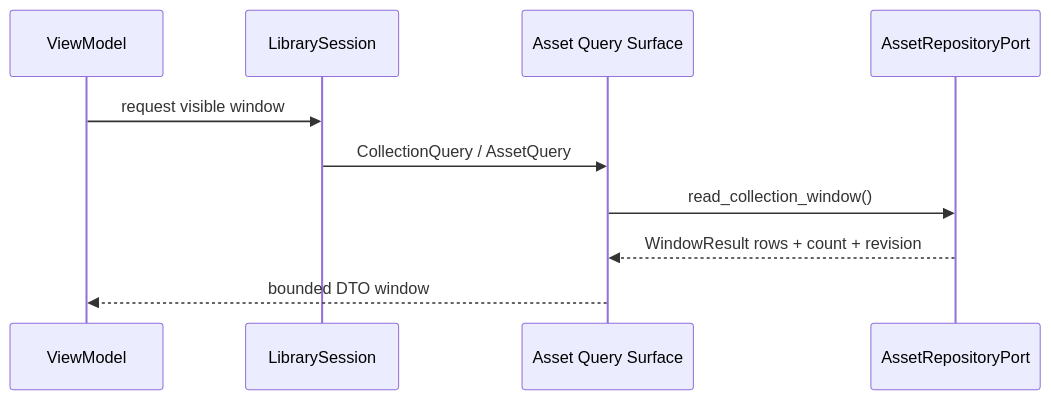
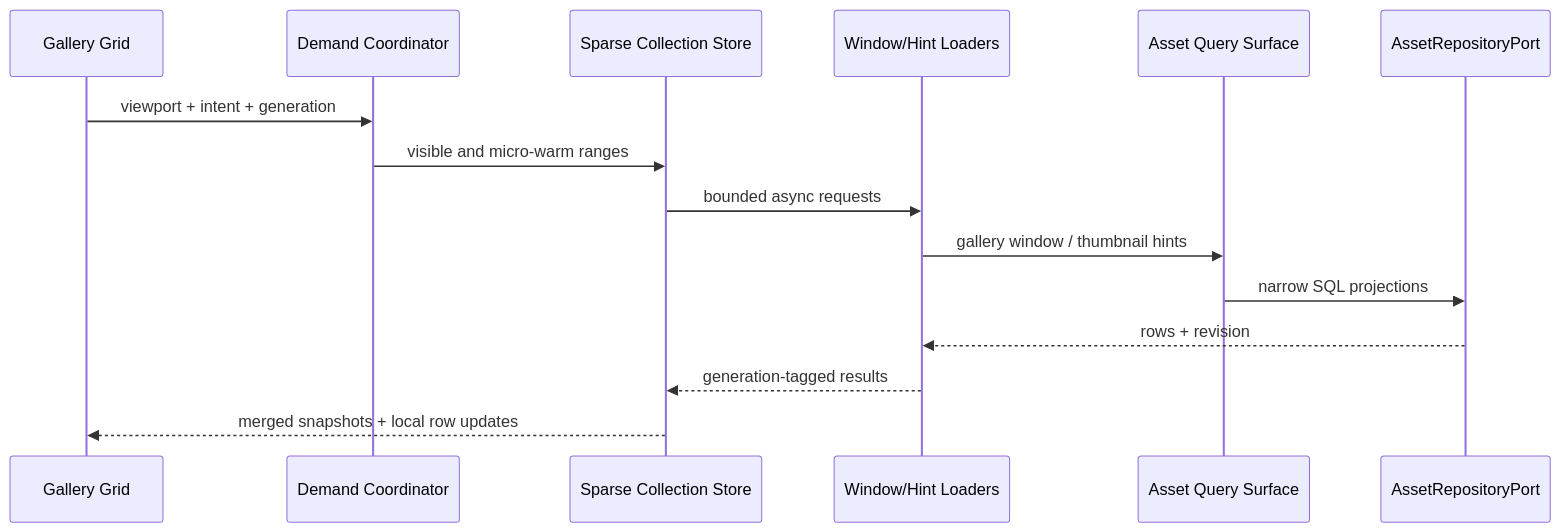
Before and after one commit to halft0n/iPhotron-LocalPhotoAlbumManager: the third of 6 diagrams in docs/architecture.md, drawn with Mermaid. The commit also changed other lines of this file and 10 other files, not shown here.

Commit message:
Document gallery scroll pipeline and architecture rules

````diff
--- a/docs/architecture.md
+++ b/docs/architecture.md
@@ -350,13 +362,18 @@
 ```mermaid
 sequenceDiagram
-    participant VM as ViewModel
-    participant Session as LibrarySession
+    participant Grid as Gallery Grid
+    participant Demand as Demand Coordinator
+    participant Store as Sparse Collection Store
+    participant Loader as Window/Hint Loaders
     participant Query as Asset Query Surface
     participant Repo as AssetRepositoryPort
 
-    VM->>Session: request visible window
-    Session->>Query: CollectionQuery / AssetQuery
-    Query->>Repo: read_collection_window()
-    Repo-->>Query: WindowResult rows + count + revision
-    Query-->>VM: bounded DTO window
+    Grid->>Demand: viewport + intent + generation
+    Demand->>Store: visible and micro-warm ranges
+    Store->>Loader: bounded async requests
+    Loader->>Query: gallery window / thumbnail hints
+    Query->>Repo: narrow SQL projections
+    Repo-->>Loader: rows + revision
+    Loader-->>Store: generation-tagged results
+    Store-->>Grid: merged snapshots + local row updates
 ```
````
